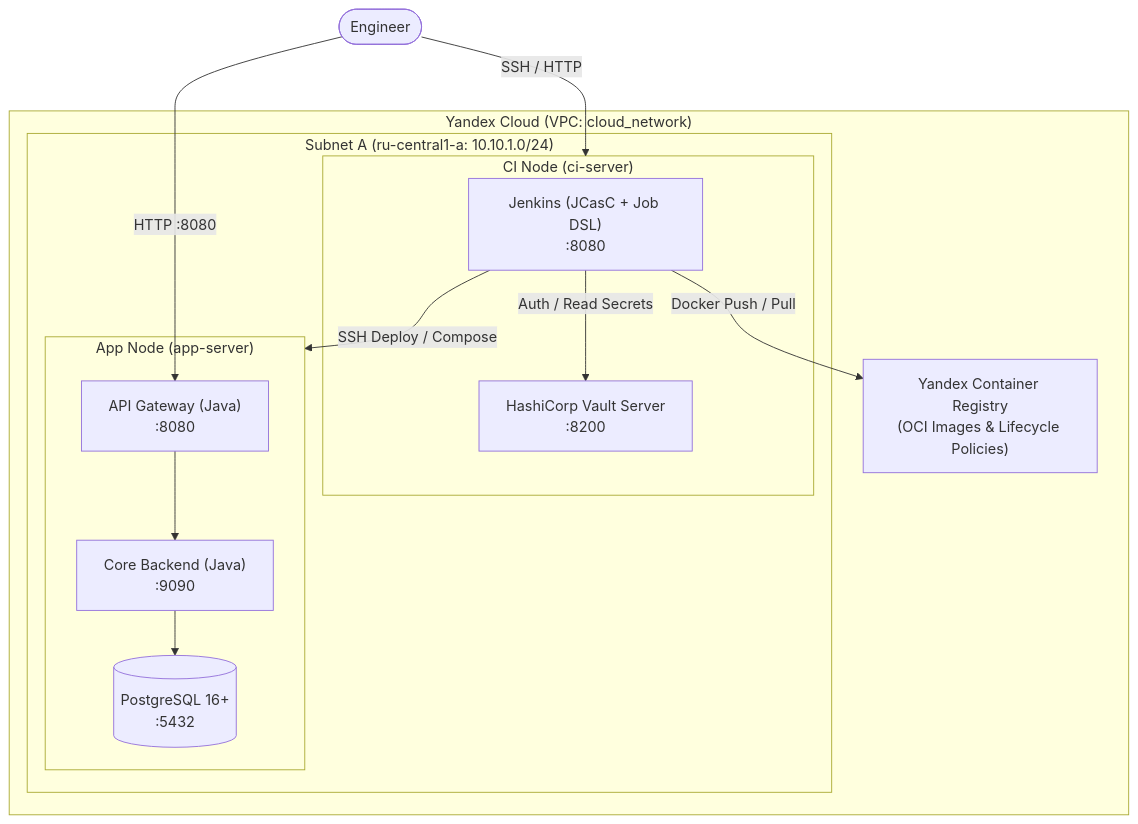
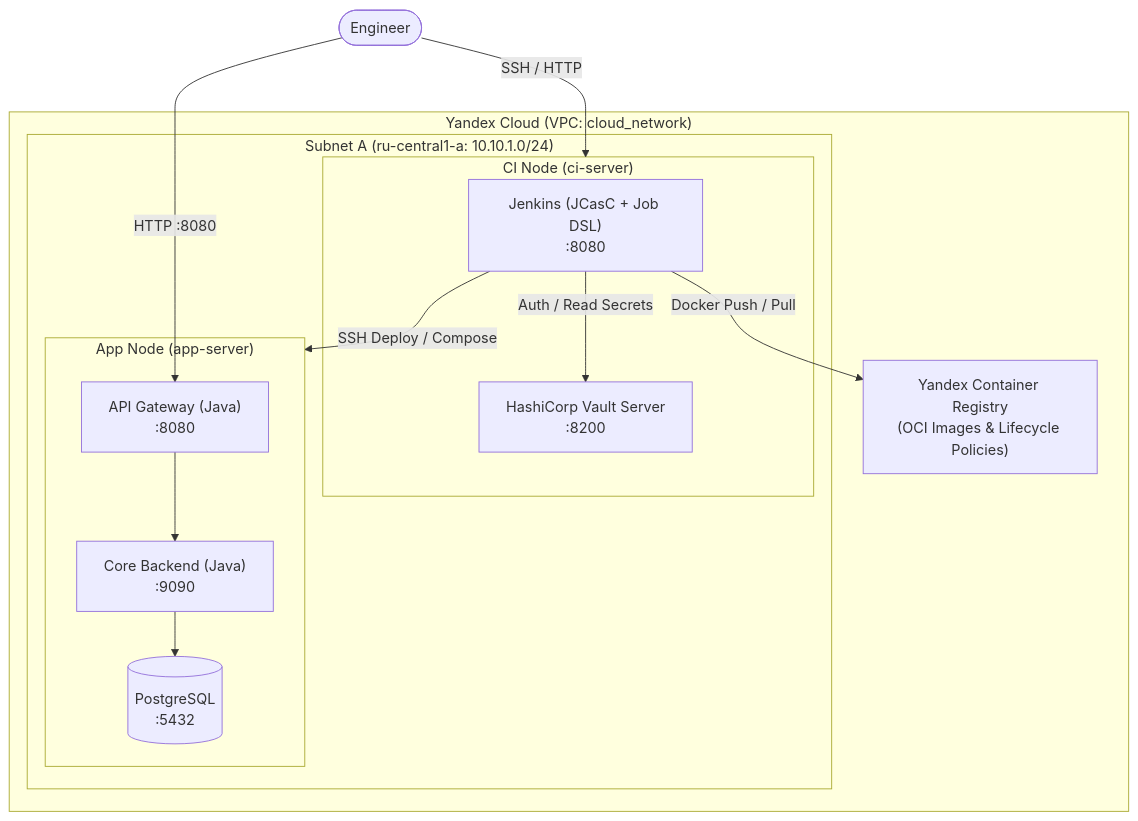
The first of 2 diagrams in README.md (h0ttab/devops-cloud-project), drawn with Mermaid before and after one commit. The commit also changed other lines of this file, not shown here.

````diff
--- a/README.md
+++ b/README.md
@@ -27,26 +67,43 @@
 ```mermaid
 graph TB
+
     subgraph YC ["Yandex Cloud (VPC: cloud_network)"]
+
         subgraph SubnetA ["Subnet A (ru-central1-a: 10.10.1.0/24)"]
+
             subgraph CIServer ["CI Node (ci-server)"]
+
                 Jenkins["Jenkins (JCasC + Job DSL)<br/>:8080"]
+
                 Vault["HashiCorp Vault Server<br/>:8200"]
+
             end
 
             subgraph AppServer ["App Node (app-server)"]
+
                 Gateway["API Gateway (Java)<br/>:8080"]
+
                 Backend["Core Backend (Java)<br/>:9090"]
-                Postgres[("PostgreSQL 16+<br/>:5432")]
+
+                Postgres[("PostgreSQL<br/>:5432")]
+
             end
+
         end
 
         YCR["Yandex Container Registry<br/>(OCI Images & Lifecycle Policies)"]
+
     end
 
     User(["Engineer"]) -->|SSH / HTTP| CIServer
+
     User -->|HTTP :8080| Gateway
+
     Jenkins -->|Auth / Read Secrets| Vault
+
     Jenkins -->|Docker Push / Pull| YCR
+
     Jenkins -->|SSH Deploy / Compose| AppServer
+
     Gateway --> Backend --> Postgres
 ```
````
